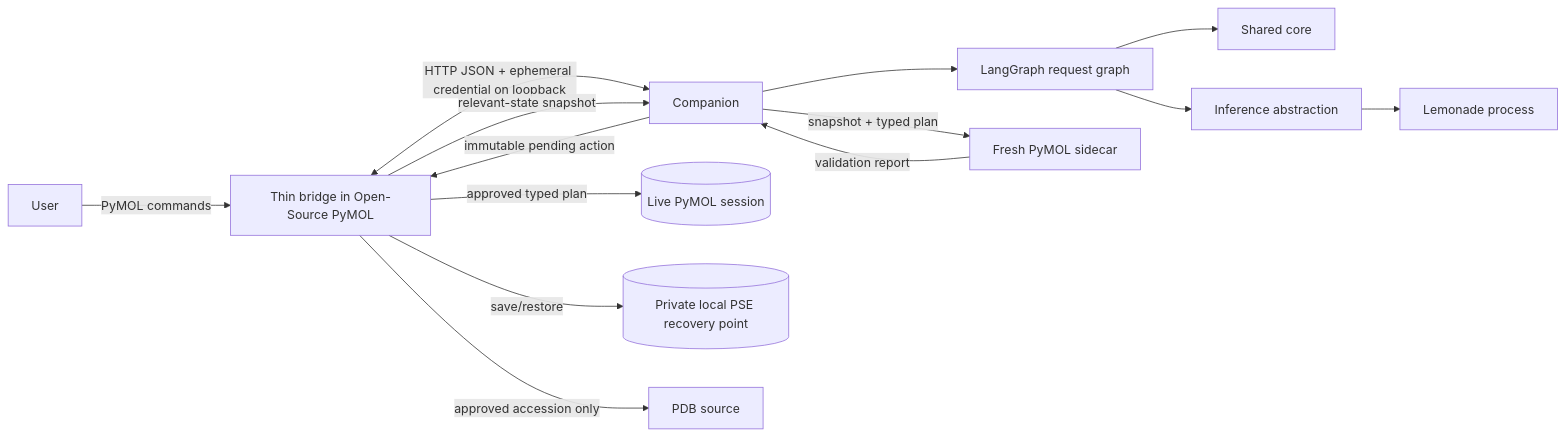
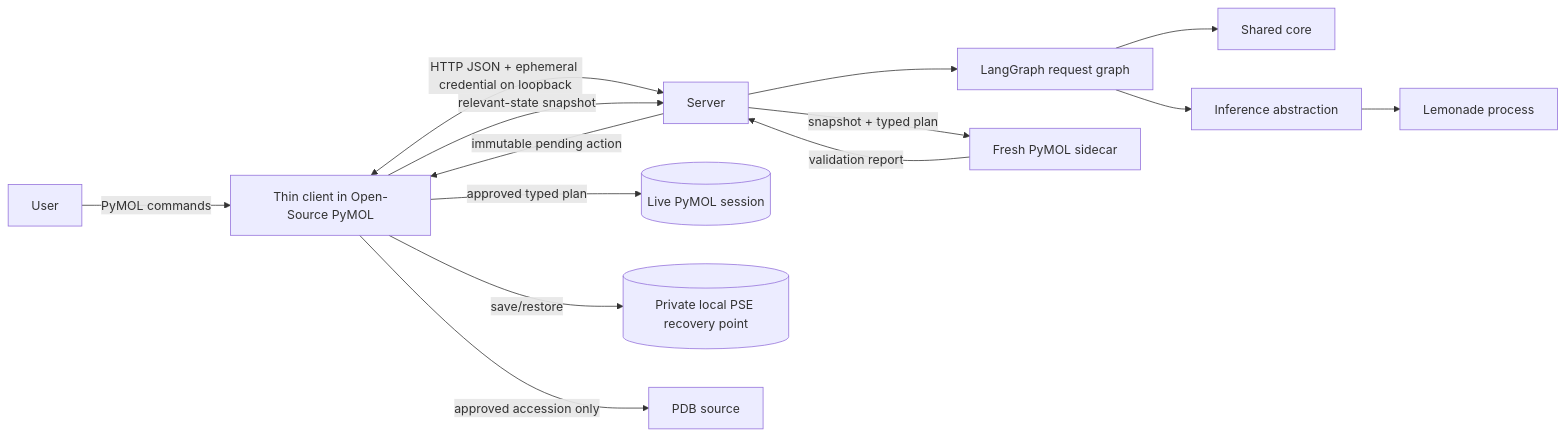
The first of 2 diagrams in docs/codev/design/runtime-application/design.md (urban233/pymol-copilot), drawn with Mermaid before and after one commit. The commit also changed other lines of this file and 13 other files, not shown here.

First line of the commit message:
Refactor runtime architecture: Replace 'companion' with 'server' and 'bridge' with 'client' throughout documentation

````diff
--- a/docs/codev/design/runtime-application/design.md
+++ b/docs/codev/design/runtime-application/design.md
@@ -125,16 +125,16 @@
 ```mermaid
 flowchart LR
-    U[User] -->|PyMOL commands| B[Thin bridge in Open-Source PyMOL]
-    B <-->|HTTP JSON + ephemeral credential on loopback| C[Companion]
+    U[User] -->|PyMOL commands| B[Thin client in Open-Source PyMOL]
+    B <-->|HTTP JSON + ephemeral credential on loopback| C[Server]
     C --> G[LangGraph request graph]
     G --> K[Shared core]
     G --> I[Inference abstraction]
     I --> L[Lemonade process]
     B -->|relevant-state snapshot| C
     C -->|snapshot + typed plan| S[Fresh PyMOL sidecar]
     S -->|validation report| C
     C -->|immutable pending action| B
     B -->|approved typed plan| P[(Live PyMOL session)]
     B -->|save/restore| R[(Private local PSE recovery point)]
     B -->|approved accession only| F[PDB source]
 ```
````
